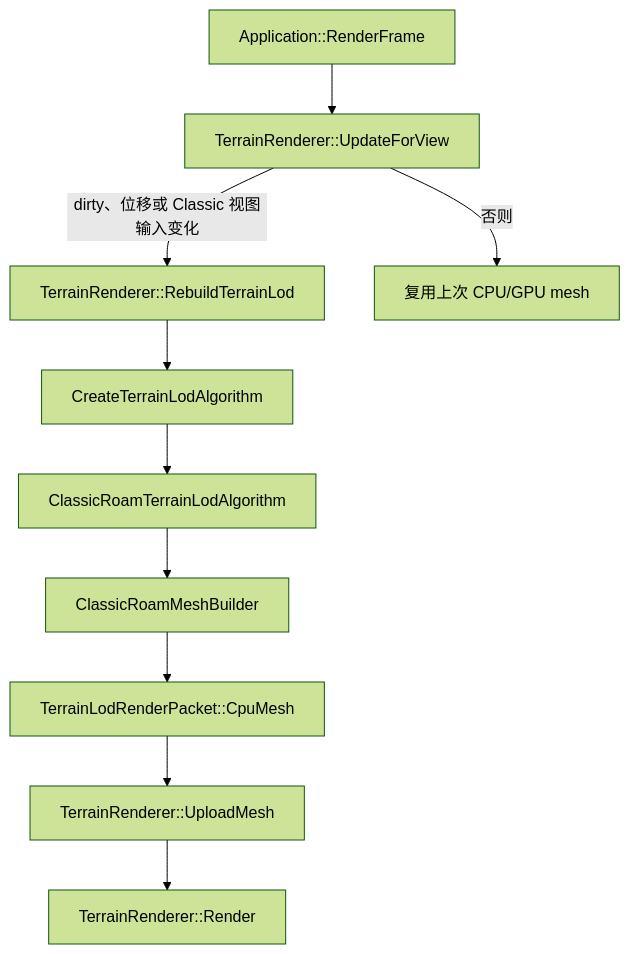
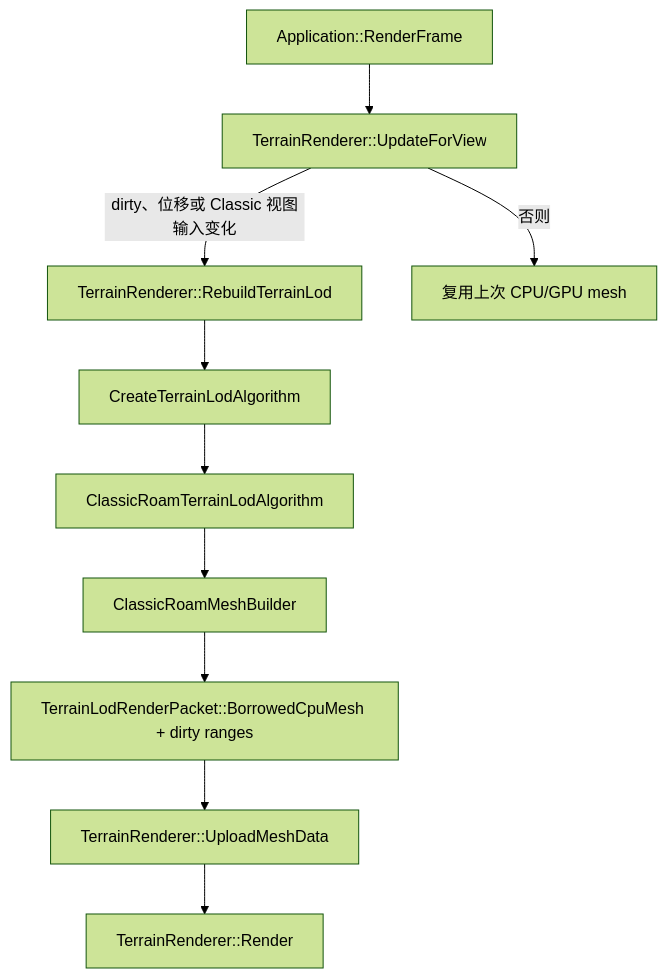
Before and after one commit to mcaswen/RoamTesting: the first of 3 diagrams in docs/source_analysis/classic_roam_context.md, drawn with Mermaid (forest theme). The commit also changed other lines of this file and 24 other files, not shown here.

````diff
--- a/docs/source_analysis/classic_roam_context.md
+++ b/docs/source_analysis/classic_roam_context.md
@@ -62,12 +62,12 @@
 ```mermaid
 flowchart TD
     A[Application::RenderFrame] --> B[TerrainRenderer::UpdateForView]
     B -->|dirty、位移或 Classic 视图输入变化| C[TerrainRenderer::RebuildTerrainLod]
     B -->|否则| Z[复用上次 CPU/GPU mesh]
     C --> D[CreateTerrainLodAlgorithm]
     D --> E[ClassicRoamTerrainLodAlgorithm]
     E --> F[ClassicRoamMeshBuilder]
-    F --> G[TerrainLodRenderPacket::CpuMesh]
-    G --> H[TerrainRenderer::UploadMesh]
+    F --> G[TerrainLodRenderPacket::BorrowedCpuMesh + dirty ranges]
+    G --> H[TerrainRenderer::UploadMeshData]
     H --> I[TerrainRenderer::Render]
 ```
````
